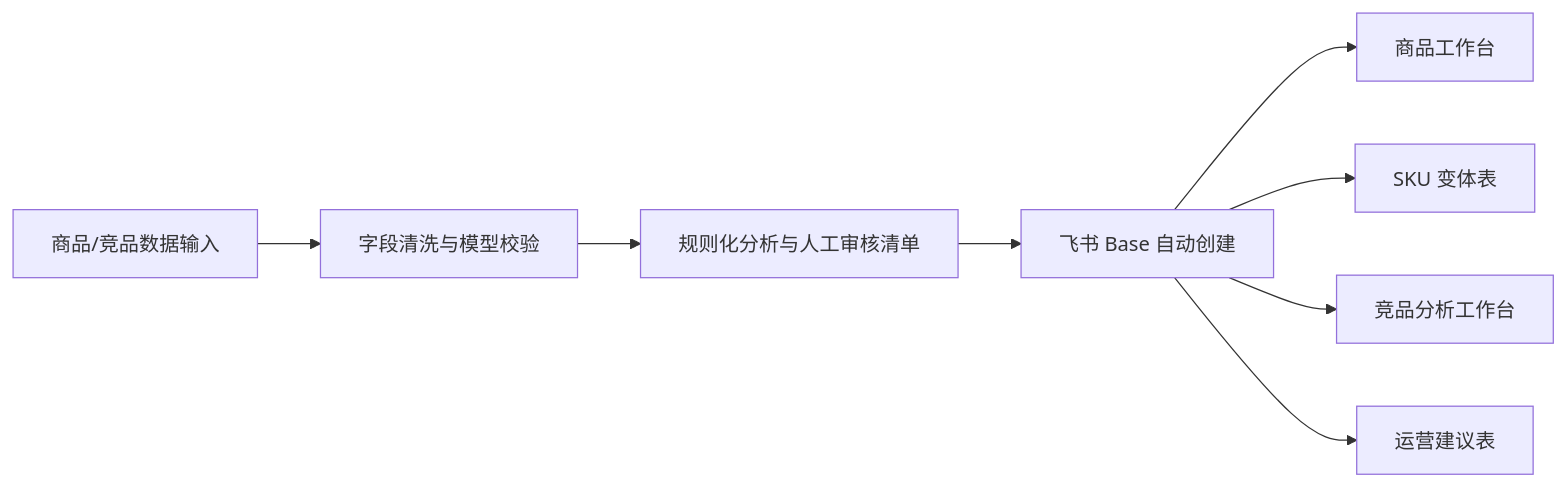
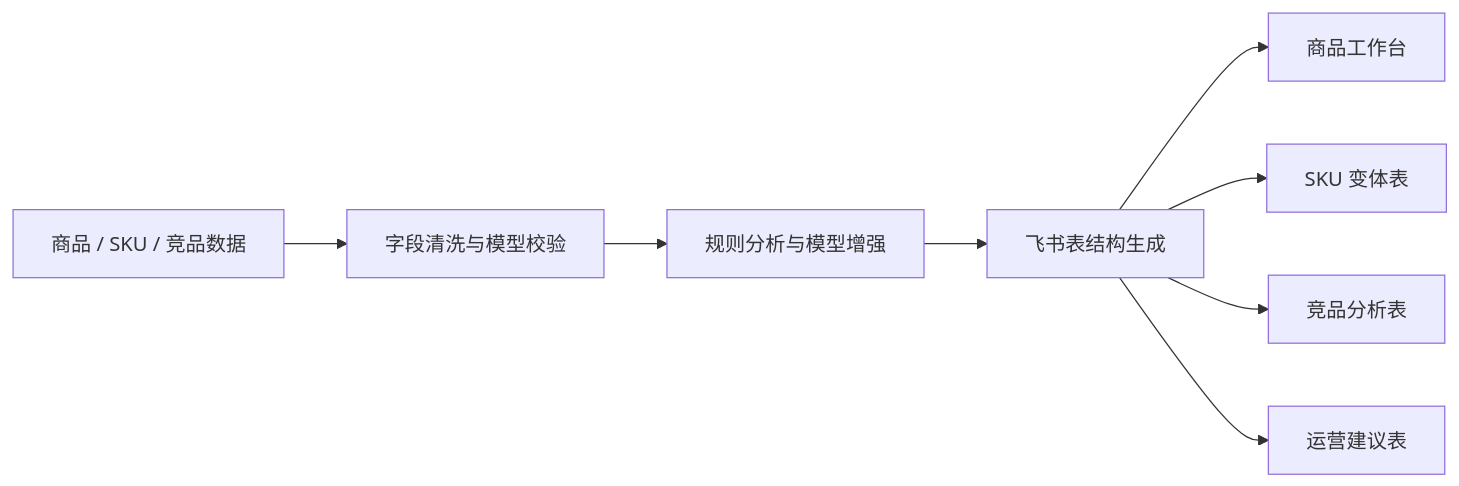
One commit to Andase0809/ecommerce-feishu-ai-workbench changed the diagram in README.md. Above: the diagram before and after it, drawn with Mermaid. The commit also changed other lines of this file and 9 other files, not shown here.

Commit message:
docs: refocus public docs on reusable architecture

````diff
--- a/README.md
+++ b/README.md
@@ -24,10 +38,10 @@
 ```mermaid
 flowchart LR
-    A["商品/竞品数据输入"] --> B["字段清洗与模型校验"]
-    B --> C["规则化分析与人工审核清单"]
-    C --> D["飞书 Base 自动创建"]
+    A["商品 / SKU / 竞品数据"] --> B["字段清洗与模型校验"]
+    B --> C["规则分析与模型增强"]
+    C --> D["飞书表结构生成"]
     D --> E["商品工作台"]
     D --> F["SKU 变体表"]
-    D --> G["竞品分析工作台"]
+    D --> G["竞品分析表"]
     D --> H["运营建议表"]
 ```
````
